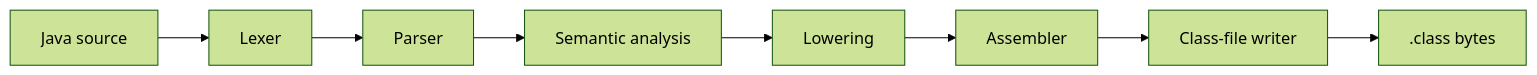
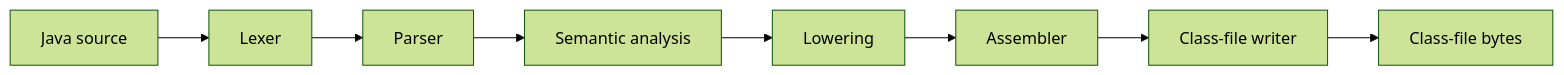
The second of 2 diagrams in docs/src/index.md (VitorNathanG/njavac), drawn with Mermaid (forest theme) before and after one commit. The commit also changed other lines of this file and 39 other files, not shown here.

````diff
--- a/docs/src/index.md
+++ b/docs/src/index.md
@@ -7,10 +60,10 @@
 ```mermaid
 flowchart LR
     Source[Java source] --> Lexer
     Lexer --> Parser
     Parser --> Sema[Semantic analysis]
     Sema --> Lowering
     Lowering --> Assembler
     Assembler --> Writer[Class-file writer]
-    Writer --> Bytes[.class bytes]
+    Writer --> Bytes[Class-file bytes]
 ```
````
